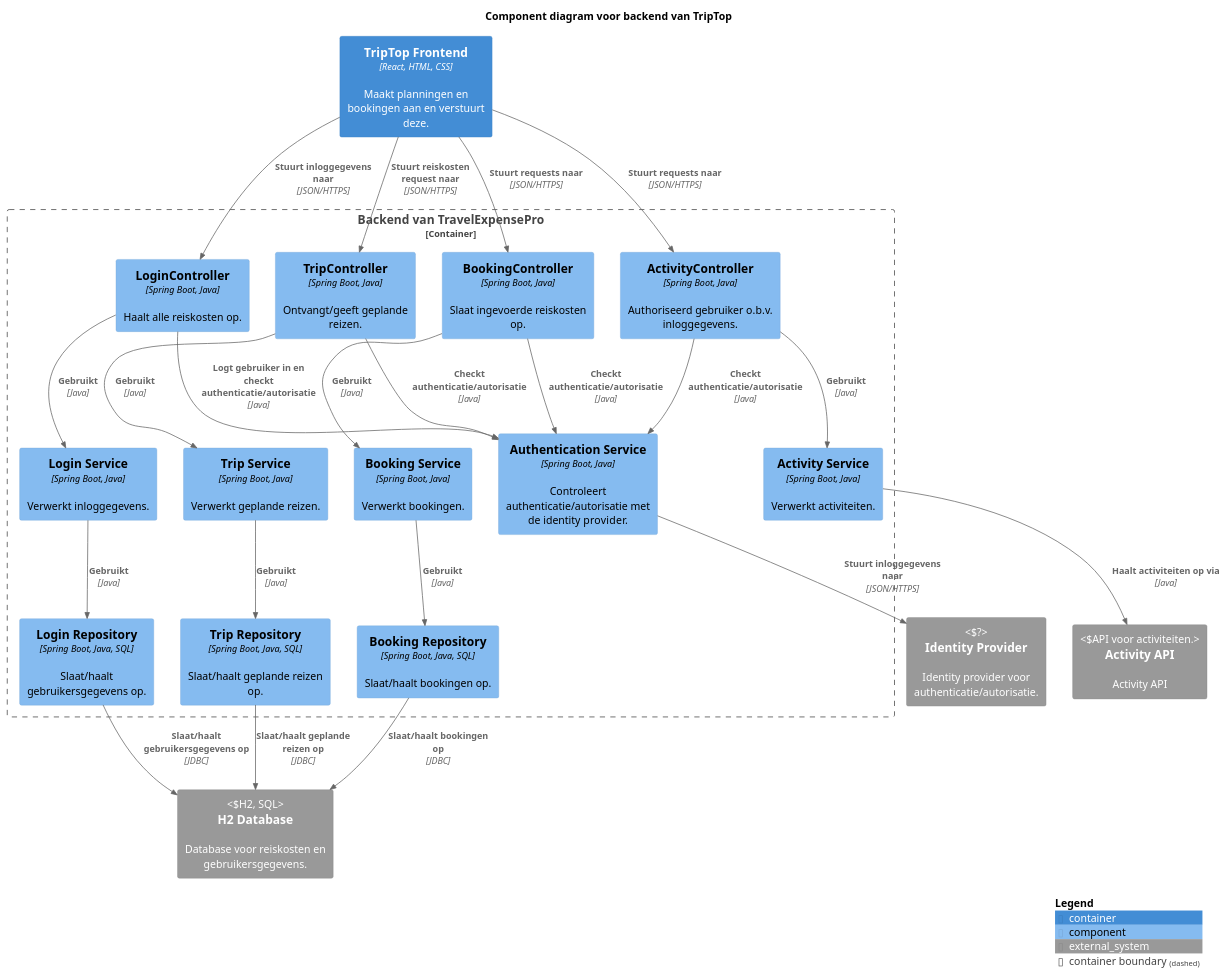
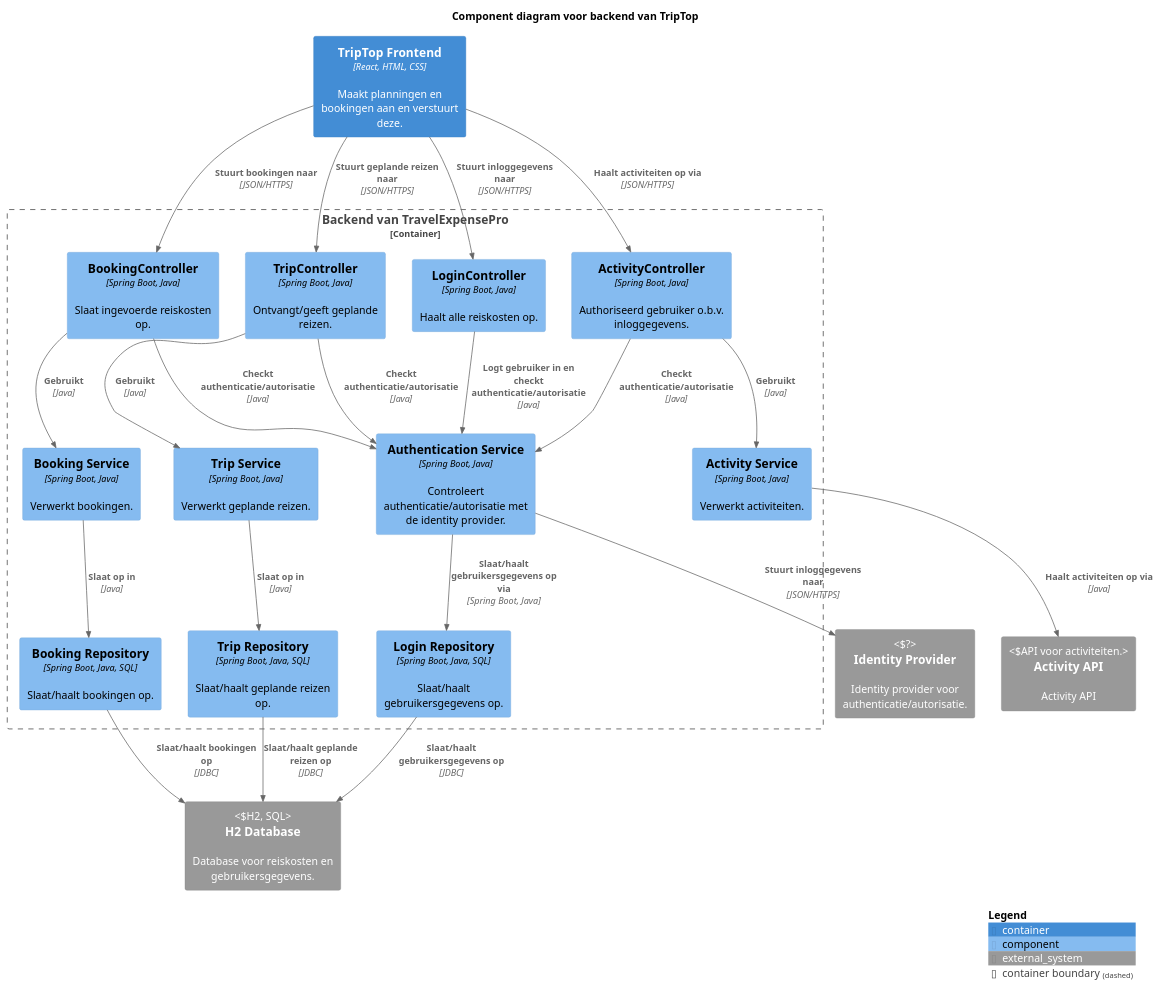
Before and after one commit to AIM-ENE-feb25/triptop-groep-b6: the diagram in gemaakte-werk-daniel/week-2/les-1/les/TripTop-backend-component.puml, drawn with PlantUML.

```diff
--- a/gemaakte-werk-daniel/week-2/les-1/les/TripTop-backend-component.puml
+++ b/gemaakte-werk-daniel/week-2/les-1/les/TripTop-backend-component.puml
@@ -1,61 +1,59 @@
 @startuml
 !include https://raw.githubusercontent.com/plantuml-stdlib/C4-PlantUML/master/C4_Component.puml
 ' uncomment the following line and comment the first to use locally
 ' !include C4_Component.puml
 
 LAYOUT_WITH_LEGEND()
 
 title Component diagram voor backend van TripTop
 
 Container(frontend, "TripTop Frontend", "React, HTML, CSS", "Maakt planningen en bookingen aan en verstuurt deze.")
 
 Container_Boundary(api, "Backend van TravelExpensePro") {
     Component(bookingcontroller, "BookingController", "Spring Boot, Java", "Slaat ingevoerde reiskosten op.")
     Component(activitycontroller, "ActivityController", "Spring Boot, Java", "Authoriseerd gebruiker o.b.v. inloggegevens.")
     Component(logincontroller, "LoginController", "Spring Boot, Java", "Haalt alle reiskosten op.")
     Component(tripcontroller, "TripController", "Spring Boot, Java", "Ontvangt/geeft geplande reizen.")
 
     Component(bookingsservice, "Booking Service", "Spring Boot, Java", "Verwerkt bookingen.")
     Component(activityservice, "Activity Service", "Spring Boot, Java", "Verwerkt activiteiten.")
-    Component(loginservice, "Login Service", "Spring Boot, Java", "Verwerkt inloggegevens.")
     Component(tripsservice, "Trip Service", "Spring Boot, Java", "Verwerkt geplande reizen.")
 
     Component(bookingrepo, "Booking Repository", "Spring Boot, Java, SQL", "Slaat/haalt bookingen op.")
     Component(triprepo, "Trip Repository", "Spring Boot, Java, SQL", "Slaat/haalt geplande reizen op.")
     Component(loginrepo, "Login Repository", "Spring Boot, Java, SQL", "Slaat/haalt gebruikersgegevens op.")
 
     Component(authservice, "Authentication Service", "Spring Boot, Java", "Controleert authenticatie/autorisatie met de identity provider.")
 
-    Rel(frontend, tripcontroller, "Stuurt reiskosten request naar", "JSON/HTTPS")
-    Rel(frontend, bookingcontroller, "Stuurt requests naar", "JSON/HTTPS")
-    Rel(frontend, activitycontroller, "Stuurt requests naar", "JSON/HTTPS")
+    Rel(frontend, tripcontroller, "Stuurt geplande reizen naar", "JSON/HTTPS")
+    Rel(frontend, bookingcontroller, "Stuurt bookingen naar", "JSON/HTTPS")
+    Rel(frontend, activitycontroller, "Haalt activiteiten op via", "JSON/HTTPS")
     Rel(frontend, logincontroller, "Stuurt inloggegevens naar", "JSON/HTTPS")
 
     Rel(bookingcontroller, bookingsservice, "Gebruikt", "Java")
-    Rel(logincontroller, loginservice, "Gebruikt", "Java")
     Rel(tripcontroller, tripsservice, "Gebruikt", "Java")
     Rel(activitycontroller, activityservice, "Gebruikt", "Java")
 
-    Rel(bookingsservice, bookingrepo, "Gebruikt", "Java")
-    Rel(loginservice, loginrepo, "Gebruikt", "Java")
-    Rel(tripsservice, triprepo, "Gebruikt", "Java")
+    Rel(bookingsservice, bookingrepo, "Slaat op in", "Java")
+    Rel(tripsservice, triprepo, "Slaat op in", "Java")
+    Rel(authservice, loginrepo, "Slaat/haalt gebruikersgegevens op via", "Spring Boot, Java")
 
     Rel(bookingcontroller, authservice, "Checkt authenticatie/autorisatie", "Java")
     Rel(logincontroller, authservice, "Logt gebruiker in en checkt authenticatie/autorisatie", "Java")
     Rel(tripcontroller, authservice, "Checkt authenticatie/autorisatie", "Java")
     Rel(activitycontroller, authservice, "Checkt authenticatie/autorisatie", "Java")
 }
 System_Ext(idprovider, "Identity Provider", "Identity provider voor authenticatie/autorisatie.", "?")
 System_Ext(h2, "H2 Database", "Database voor reiskosten en gebruikersgegevens.", "H2, SQL")
 System_Ext(activityapi, Activity API, "Activity API", "API voor activiteiten.", "REST")
 
 Rel(bookingrepo, h2, "Slaat/haalt bookingen op", "JDBC")
 Rel(triprepo, h2, "Slaat/haalt geplande reizen op", "JDBC")
 Rel(loginrepo, h2, "Slaat/haalt gebruikersgegevens op", "JDBC")
 Rel(activityservice, activityapi, "Haalt activiteiten op via", "Java")
 
 Rel(authservice, idprovider, "Stuurt inloggegevens naar", "JSON/HTTPS")
 
 
 SHOW_LEGEND()
 @enduml
```
